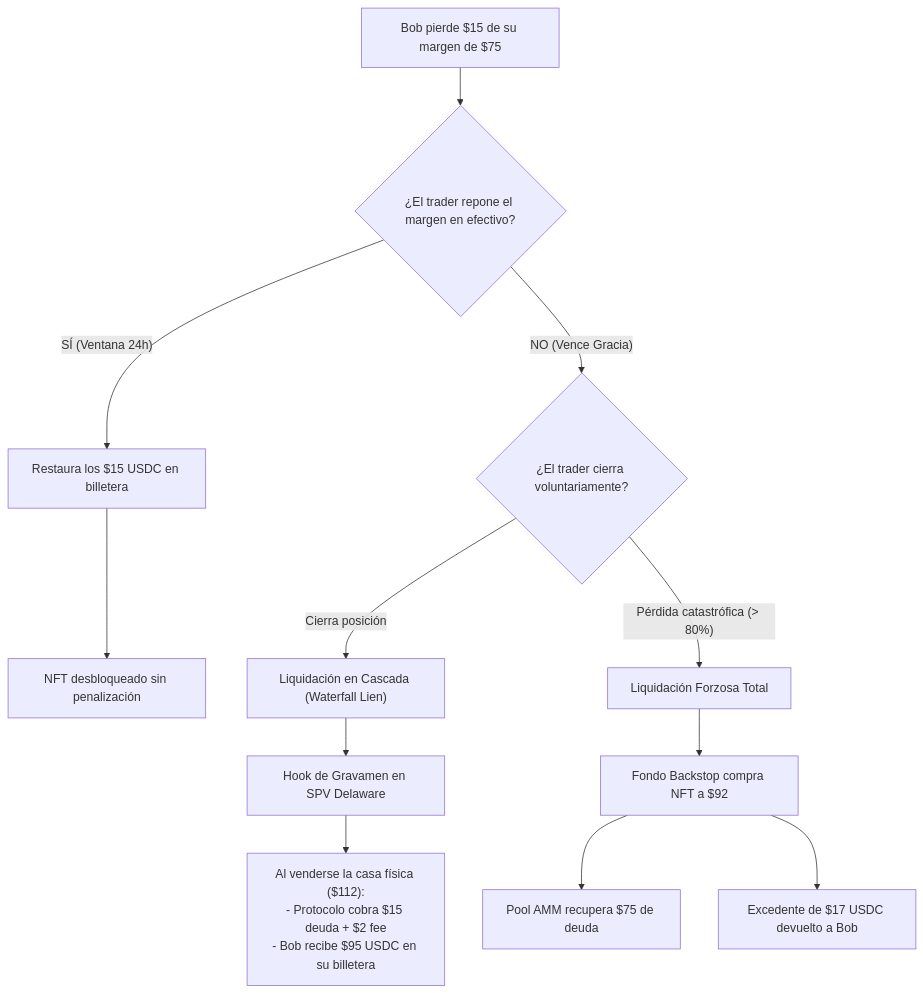
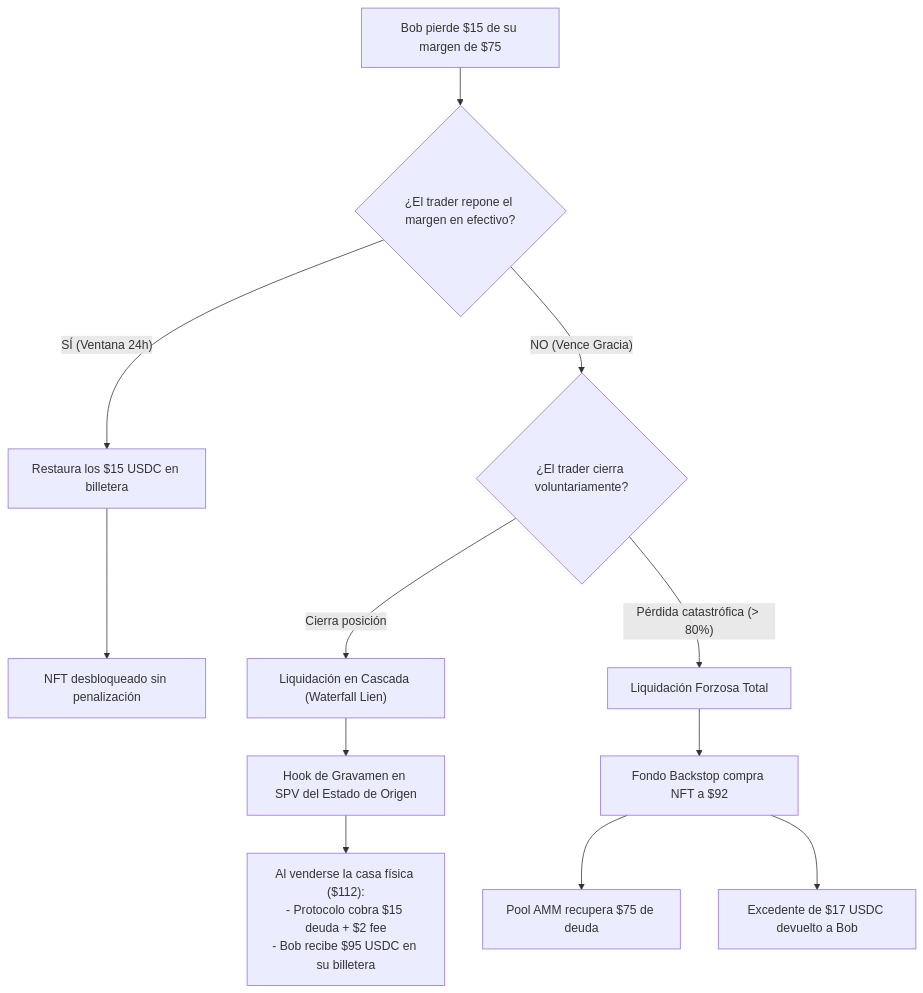
The first of 2 diagrams in BRIDS-Brain/00 Inbox/Specs/epic-015-rwa-yield-bearing-margin-collateral-work/draft_cycle_2.md (jeisonsosablockdev/BRIDS-KNOWLEDGE-FORT), drawn with Mermaid before and after one commit. The commit also changed other lines of this file and 39 other files, not shown here.

````diff
--- a/BRIDS-Brain/00 Inbox/Specs/epic-015-rwa-yield-bearing-margin-collateral-work/draft_cycle_2.md
+++ b/BRIDS-Brain/00 Inbox/Specs/epic-015-rwa-yield-bearing-margin-collateral-work/draft_cycle_2.md
@@ -49,18 +49,18 @@
 ```mermaid
 flowchart TD
     TradeLoss["Bob pierde $15 de su margen de $75"] --> Check{"¿El trader repone el margen en efectivo?"}
     
     Check -- "SÍ (Ventana 24h)" --> Restitution["Restaura los $15 USDC en billetera"]
     Restitution --> NFTFree["NFT desbloqueado sin penalización"]
     
     Check -- "NO (Vence Gracia)" --> Route{"¿El trader cierra voluntariamente?"}
     
     Route -- "Cierra posición" --> Waterfall["Liquidación en Cascada (Waterfall Lien)"]
-    Waterfall --> Hook["Hook de Gravamen en SPV Delaware"]
+    Waterfall --> Hook["Hook de Gravamen en SPV del Estado de Origen"]
     Hook --> Settlement["Al venderse la casa física ($112):<br/>- Protocolo cobra $15 deuda + $2 fee<br/>- Bob recibe $95 USDC en su billetera"]
     
     Route -- "Pérdida catastrófica (> 80%)" --> ForcedConfiscation["Liquidación Forzosa Total"]
     ForcedConfiscation --> Backstop["Fondo Backstop compra NFT a $92"]
     Backstop --> PoolRefund["Pool AMM recupera $75 de deuda"]
     Backstop --> ExcessRefund["Excedente de $17 USDC devuelto a Bob"]
 ```
````
